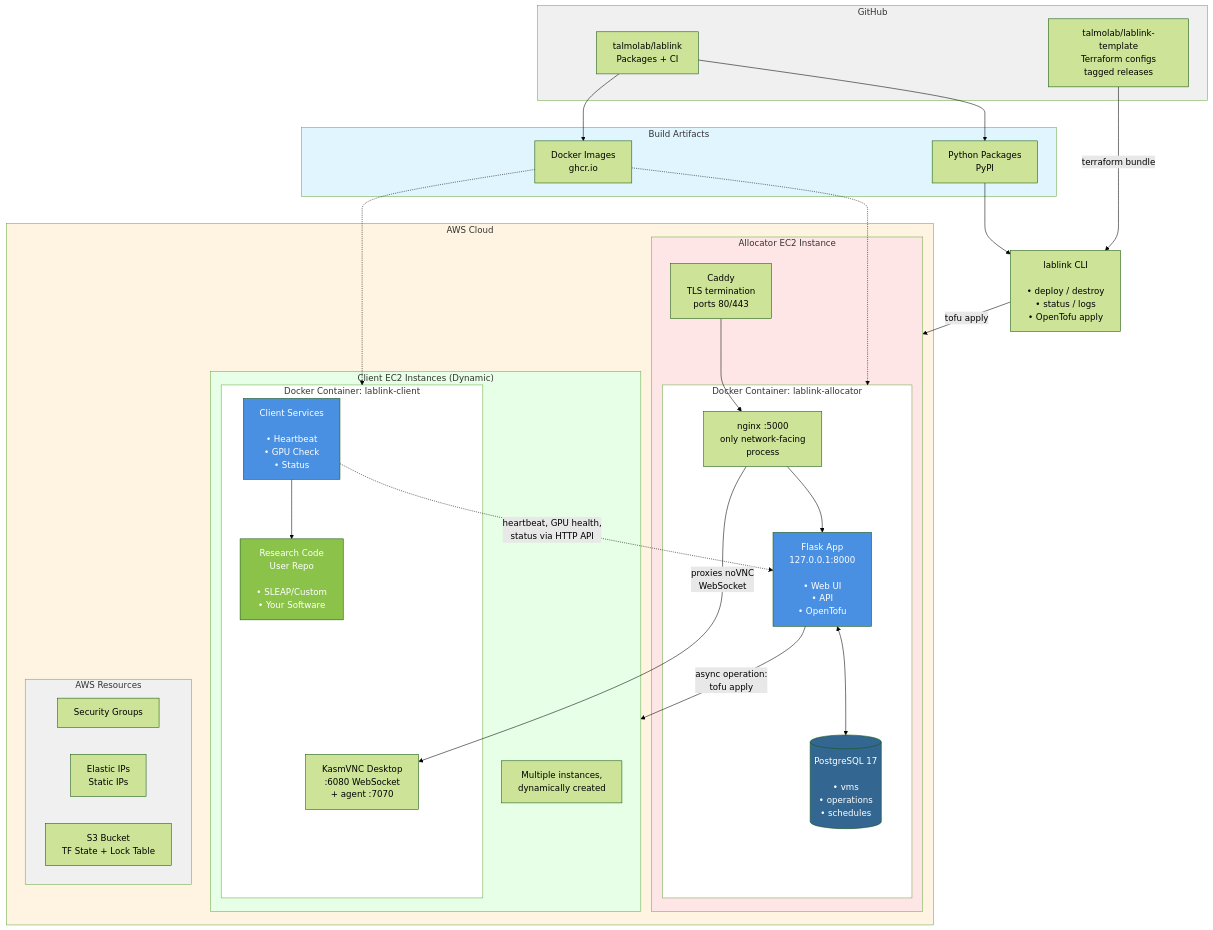
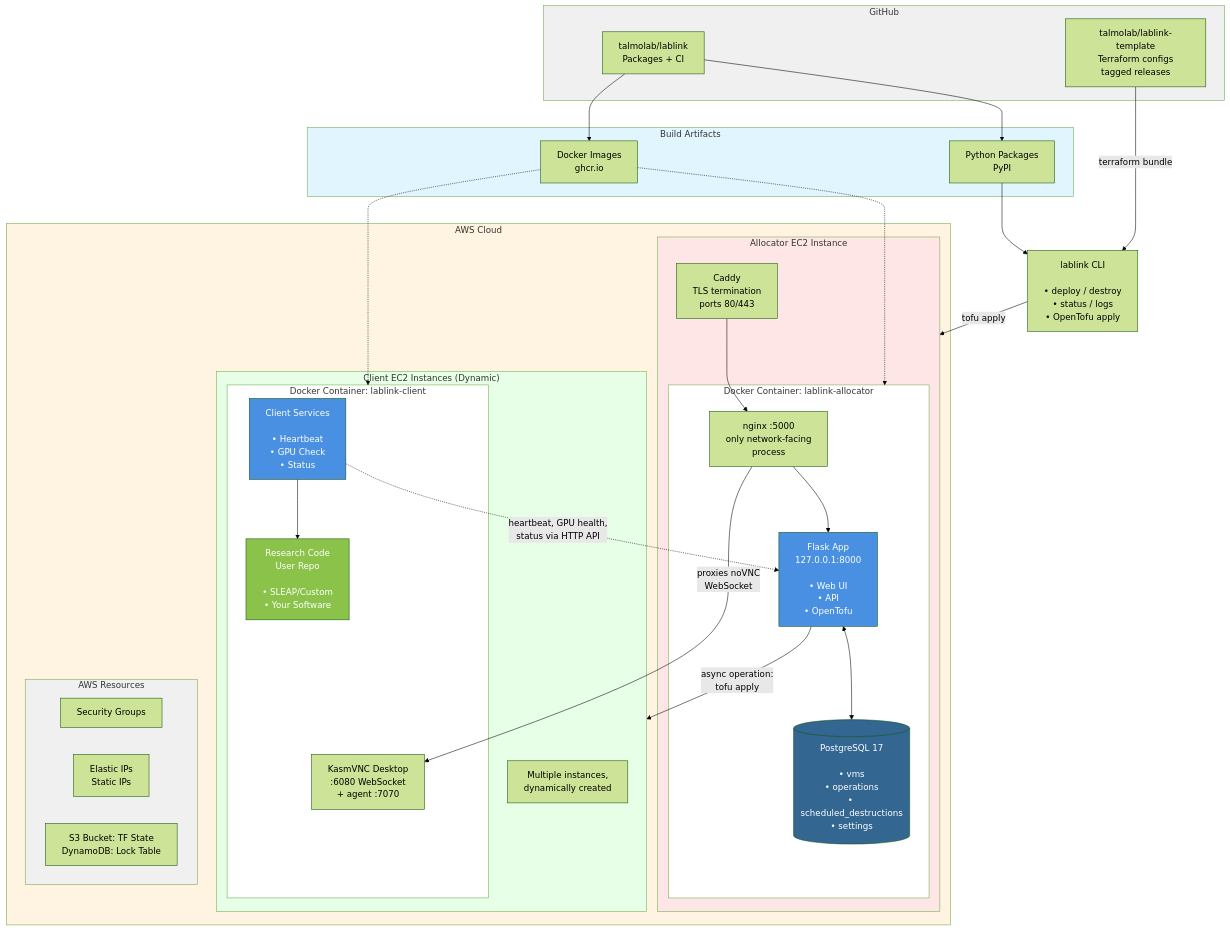
One commit to talmolab/lablink changed the first of 5 diagrams in docs/architecture.md. Above: the diagram before and after it, drawn with Mermaid (forest theme). The commit also changed other lines of this file and 1 other file, not shown here.

First line of the commit message:
docs: fix review findings in architecture diagrams and request_vm docstring

````diff
--- a/docs/architecture.md
+++ b/docs/architecture.md
@@ -16,69 +16,69 @@
 ```mermaid
 graph TB
     subgraph GitHub["GitHub"]
         Lablink[talmolab/lablink<br/>Packages + CI]
         Template[talmolab/lablink-template<br/>Terraform configs<br/>tagged releases]
     end
 
     subgraph Artifacts["Build Artifacts"]
         PyPI[Python Packages<br/>PyPI]
         DockerImages[Docker Images<br/>ghcr.io]
     end
 
     Lablink --> PyPI
     Lablink --> DockerImages
 
     CLI[lablink CLI<br/><br/>• deploy / destroy<br/>• status / logs<br/>• OpenTofu apply]
     PyPI --> CLI
     Template -->|terraform bundle| CLI
 
     subgraph AWS["AWS Cloud"]
         subgraph AllocatorInstance["Allocator EC2 Instance"]
             Caddy[Caddy<br/>TLS termination<br/>ports 80/443]
             subgraph AllocatorContainer["Docker Container: lablink-allocator"]
                 Nginx[nginx :5000<br/>only network-facing<br/>process]
                 Flask[Flask App<br/>127.0.0.1:8000<br/><br/>• Web UI<br/>• API<br/>• OpenTofu]
-                PostgreSQL[(PostgreSQL 17<br/><br/>• vms<br/>• operations<br/>• schedules)]
+                PostgreSQL[(PostgreSQL 17<br/><br/>• vms<br/>• operations<br/>• scheduled_destructions<br/>• settings)]
                 Nginx --> Flask
                 Flask <--> PostgreSQL
             end
             Caddy --> Nginx
         end
 
         subgraph ClientInstances["Client EC2 Instances (Dynamic)"]
             subgraph ClientContainer["Docker Container: lablink-client"]
                 Desktop[KasmVNC Desktop<br/>:6080 WebSocket<br/>+ agent :7070]
                 Services[Client Services<br/><br/>• Heartbeat<br/>• GPU Check<br/>• Status]
                 Research[Research Code<br/>User Repo<br/><br/>• SLEAP/Custom<br/>• Your Software]
                 Services --> Research
             end
             Note[Multiple instances,<br/>dynamically created]
         end
 
         subgraph AWSResources["AWS Resources"]
             SecurityGroups[Security Groups]
             ElasticIPs[Elastic IPs<br/>Static IPs]
-            S3[S3 Bucket<br/>TF State + Lock Table]
+            S3[S3 Bucket: TF State<br/>DynamoDB: Lock Table]
         end
     end
 
     CLI -->|tofu apply| AllocatorInstance
     DockerImages -.-> AllocatorContainer
     DockerImages -.-> ClientContainer
     Flask -->|async operation:<br/>tofu apply| ClientInstances
     Services -.->|heartbeat, GPU health,<br/>status via HTTP API| Flask
     Nginx -->|proxies noVNC<br/>WebSocket| Desktop
 
     style GitHub fill:#f0f0f0
     style Artifacts fill:#e1f5ff
     style AWS fill:#fff4e1
     style AllocatorInstance fill:#ffe6e6
     style AllocatorContainer fill:#fff
     style ClientInstances fill:#e6ffe6
     style ClientContainer fill:#fff
     style AWSResources fill:#f0f0f0
     style Flask fill:#4a90e2,color:#fff
     style PostgreSQL fill:#336791,color:#fff
     style Services fill:#4a90e2,color:#fff
     style Research fill:#8bc34a,color:#fff
 ```
````
